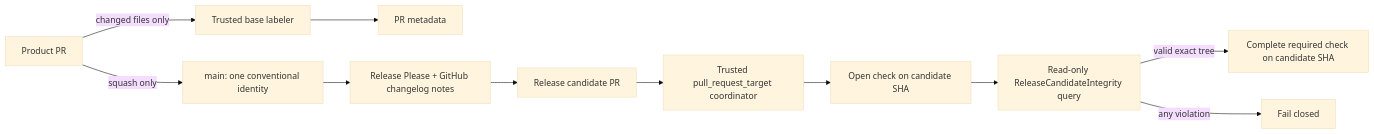
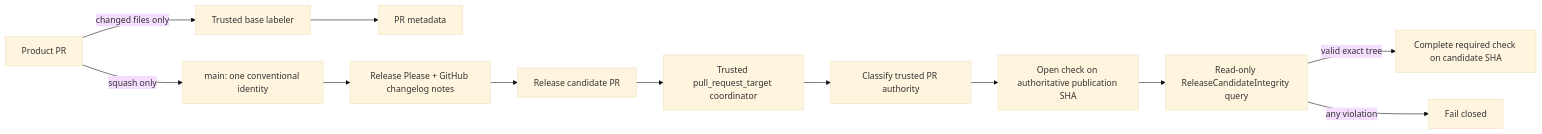
One commit to dunay2/dvt changed the second of 4 diagrams in docs/architecture/components/ci-governance/ci-delivery-governance-component.md. Above: the diagram before and after it, drawn with Mermaid (base theme). The commit also changed other lines of this file and 13 other files, not shown here.

Commit message:
fix(ci): Classify PR authority before check publication

````diff
--- a/docs/architecture/components/ci-governance/ci-delivery-governance-component.md
+++ b/docs/architecture/components/ci-governance/ci-delivery-governance-component.md
@@ -106,13 +115,14 @@
 ```mermaid
 flowchart LR
   ProductPR[Product PR] -->|squash only| Main[main: one conventional identity]
   ProductPR -->|changed files only| TrustedLabeler[Trusted base labeler]
   TrustedLabeler --> Labels[PR metadata]
   Main --> ReleasePlease[Release Please + GitHub changelog notes]
   ReleasePlease --> Candidate[Release candidate PR]
   Candidate --> TrustedWorkflow[Trusted pull_request_target coordinator]
-  TrustedWorkflow --> BeginCheck[Open check on candidate SHA]
+  TrustedWorkflow --> Authority[Classify trusted PR authority]
+  Authority --> BeginCheck[Open check on authoritative publication SHA]
   BeginCheck --> Integrity[Read-only ReleaseCandidateIntegrity query]
   Integrity -->|valid exact tree| Check[Complete required check on candidate SHA]
   Integrity -->|any violation| Block[Fail closed]
 ```
````
